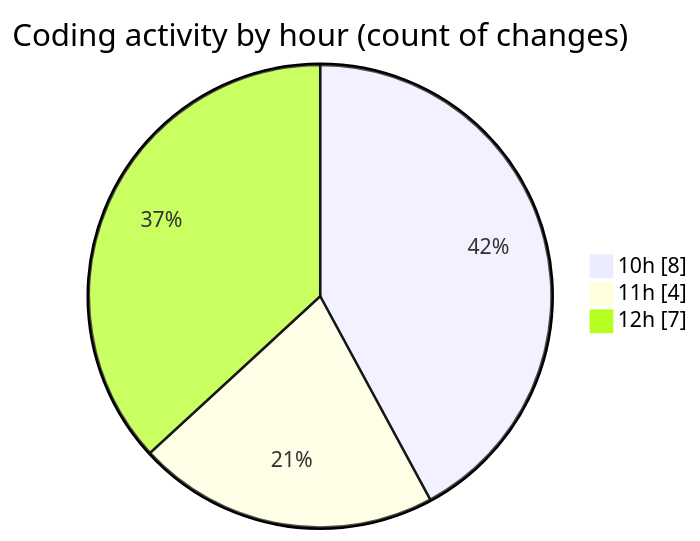
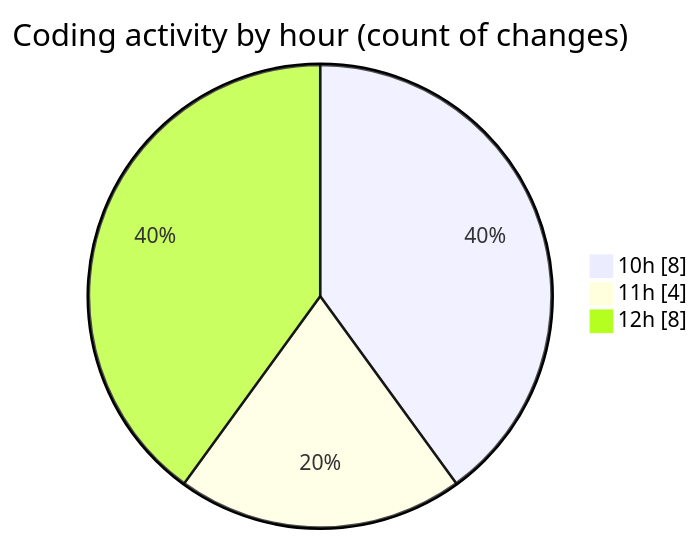
The second of 2 diagrams in 2025-08-07/nxtqube_webapp/README.md (nxtqubesakshisongat/code-tracking), drawn with Mermaid before and after one commit. The commit also changed other lines of this file and 1 other file, not shown here.

````diff
--- a/2025-08-07/nxtqube_webapp/README.md
+++ b/2025-08-07/nxtqube_webapp/README.md
@@ -32,7 +33,7 @@
 ```mermaid
 pie showData
 title Coding activity by hour (count of changes)
 "10h" : 8
 "11h" : 4
-"12h" : 7
+"12h" : 8
 ```
````
